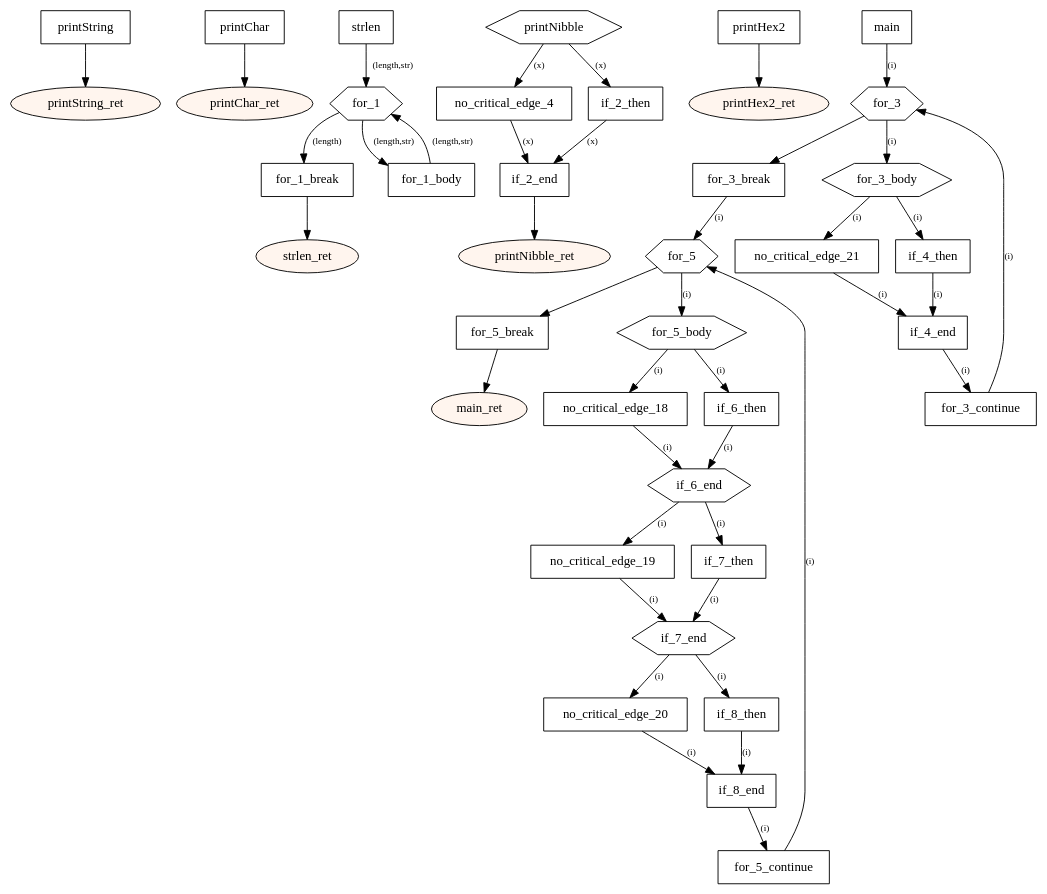
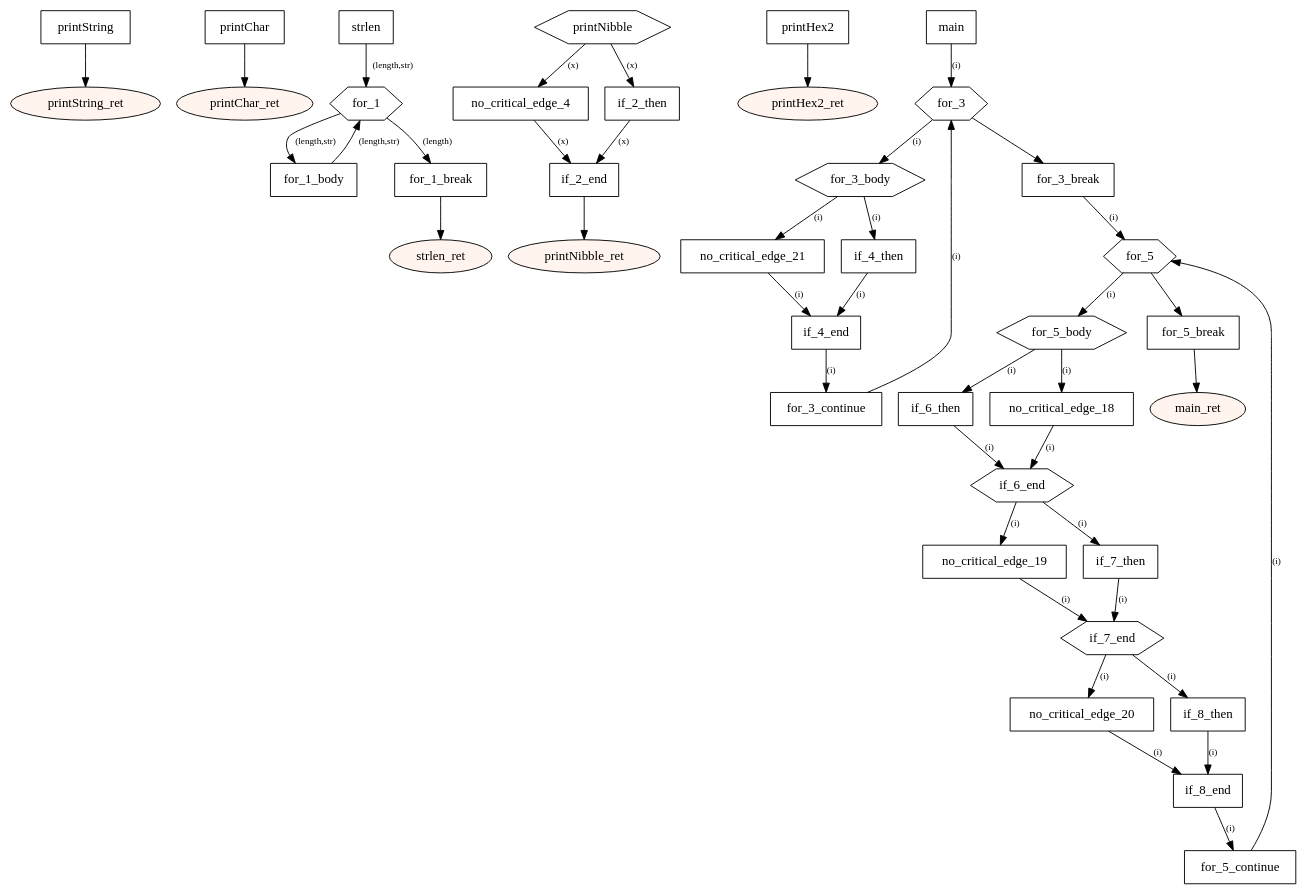
One commit to tmssngr/tinyC changed the diagram in src/main/resources-test/print-ascii-listing.dot. Above: the diagram before and after it, drawn with Graphviz. The commit also changed other lines of this file and 51 other files, not shown here.

```diff
--- a/src/main/resources-test/print-ascii-listing.dot
+++ b/src/main/resources-test/print-ascii-listing.dot
@@ -1,93 +1,93 @@
 digraph program {
 	edge[fontsize="10pt"];
 	subgraph fn_printString {
 		BasicBlock_0_printString [label="printString",shape=box];
 		BasicBlock_0_printString -> BasicBlock_0_printString_ret;
 		BasicBlock_0_printString_ret [label="printString_ret",shape=oval,style=filled,fillcolor="#fff5ee"];
 	}
 	subgraph fn_printChar {
 		BasicBlock_1_printChar [label="printChar",shape=box];
 		BasicBlock_1_printChar -> BasicBlock_1_printChar_ret;
 		BasicBlock_1_printChar_ret [label="printChar_ret",shape=oval,style=filled,fillcolor="#fff5ee"];
 	}
 	subgraph fn_strlen {
 		BasicBlock_2_strlen [label="strlen",shape=box];
 		BasicBlock_2_strlen -> BasicBlock_2_for_1 [label="(length,str)"];
+		BasicBlock_2_for_1_body [label="for_1_body",shape=box];
+		BasicBlock_2_for_1_body -> BasicBlock_2_for_1 [label="(length,str)"];
 		BasicBlock_2_for_1 [label="for_1",shape=hexagon];
 		BasicBlock_2_for_1 -> BasicBlock_2_for_1_break [label="(length)"];
 		BasicBlock_2_for_1 -> BasicBlock_2_for_1_body [label="(length,str)"];
-		BasicBlock_2_for_1_body [label="for_1_body",shape=box];
-		BasicBlock_2_for_1_body -> BasicBlock_2_for_1 [label="(length,str)"];
 		BasicBlock_2_for_1_break [label="for_1_break",shape=box];
 		BasicBlock_2_for_1_break -> BasicBlock_2_strlen_ret;
 		BasicBlock_2_strlen_ret [label="strlen_ret",shape=oval,style=filled,fillcolor="#fff5ee"];
 	}
 	subgraph fn_printNibble {
 		BasicBlock_3_printNibble [label="printNibble",shape=hexagon];
 		BasicBlock_3_printNibble -> BasicBlock_3_no_critical_edge_4 [label="(x)"];
 		BasicBlock_3_printNibble -> BasicBlock_3_if_2_then [label="(x)"];
+		BasicBlock_3_no_critical_edge_4 [label="no_critical_edge_4",shape=box];
+		BasicBlock_3_no_critical_edge_4 -> BasicBlock_3_if_2_end [label="(x)"];
 		BasicBlock_3_if_2_then [label="if_2_then",shape=box];
 		BasicBlock_3_if_2_then -> BasicBlock_3_if_2_end [label="(x)"];
-		BasicBlock_3_no_critical_edge_4 [label="no_critical_edge_4",shape=box];
-		BasicBlock_3_no_critical_edge_4 -> BasicBlock_3_if_2_end [label="(x)"];
 		BasicBlock_3_if_2_end [label="if_2_end",shape=box];
 		BasicBlock_3_if_2_end -> BasicBlock_3_printNibble_ret;
 		BasicBlock_3_printNibble_ret [label="printNibble_ret",shape=oval,style=filled,fillcolor="#fff5ee"];
 	}
 	subgraph fn_printHex2 {
 		BasicBlock_4_printHex2 [label="printHex2",shape=box];
 		BasicBlock_4_printHex2 -> BasicBlock_4_printHex2_ret;
 		BasicBlock_4_printHex2_ret [label="printHex2_ret",shape=oval,style=filled,fillcolor="#fff5ee"];
 	}
 	subgraph fn_main {
 		BasicBlock_5_main [label="main",shape=box];
 		BasicBlock_5_main -> BasicBlock_5_for_3 [label="(i)"];
-		BasicBlock_5_for_3 [label="for_3",shape=hexagon];
-		BasicBlock_5_for_3 -> BasicBlock_5_for_3_break;
-		BasicBlock_5_for_3 -> BasicBlock_5_for_3_body [label="(i)"];
 		BasicBlock_5_for_3_body [label="for_3_body",shape=hexagon];
 		BasicBlock_5_for_3_body -> BasicBlock_5_no_critical_edge_21 [label="(i)"];
 		BasicBlock_5_for_3_body -> BasicBlock_5_if_4_then [label="(i)"];
+		BasicBlock_5_no_critical_edge_21 [label="no_critical_edge_21",shape=box];
+		BasicBlock_5_no_critical_edge_21 -> BasicBlock_5_if_4_end [label="(i)"];
 		BasicBlock_5_if_4_then [label="if_4_then",shape=box];
 		BasicBlock_5_if_4_then -> BasicBlock_5_if_4_end [label="(i)"];
-		BasicBlock_5_no_critical_edge_21 [label="no_critical_edge_21",shape=box];
-		BasicBlock_5_no_critical_edge_21 -> BasicBlock_5_if_4_end [label="(i)"];
 		BasicBlock_5_if_4_end [label="if_4_end",shape=box];
 		BasicBlock_5_if_4_end -> BasicBlock_5_for_3_continue [label="(i)"];
 		BasicBlock_5_for_3_continue [label="for_3_continue",shape=box];
 		BasicBlock_5_for_3_continue -> BasicBlock_5_for_3 [label="(i)"];
+		BasicBlock_5_for_3 [label="for_3",shape=hexagon];
+		BasicBlock_5_for_3 -> BasicBlock_5_for_3_break;
+		BasicBlock_5_for_3 -> BasicBlock_5_for_3_body [label="(i)"];
 		BasicBlock_5_for_3_break [label="for_3_break",shape=box];
 		BasicBlock_5_for_3_break -> BasicBlock_5_for_5 [label="(i)"];
-		BasicBlock_5_for_5 [label="for_5",shape=hexagon];
-		BasicBlock_5_for_5 -> BasicBlock_5_for_5_break;
-		BasicBlock_5_for_5 -> BasicBlock_5_for_5_body [label="(i)"];
 		BasicBlock_5_for_5_body [label="for_5_body",shape=hexagon];
 		BasicBlock_5_for_5_body -> BasicBlock_5_no_critical_edge_18 [label="(i)"];
 		BasicBlock_5_for_5_body -> BasicBlock_5_if_6_then [label="(i)"];
+		BasicBlock_5_no_critical_edge_18 [label="no_critical_edge_18",shape=box];
+		BasicBlock_5_no_critical_edge_18 -> BasicBlock_5_if_6_end [label="(i)"];
 		BasicBlock_5_if_6_then [label="if_6_then",shape=box];
 		BasicBlock_5_if_6_then -> BasicBlock_5_if_6_end [label="(i)"];
-		BasicBlock_5_no_critical_edge_18 [label="no_critical_edge_18",shape=box];
-		BasicBlock_5_no_critical_edge_18 -> BasicBlock_5_if_6_end [label="(i)"];
 		BasicBlock_5_if_6_end [label="if_6_end",shape=hexagon];
 		BasicBlock_5_if_6_end -> BasicBlock_5_no_critical_edge_19 [label="(i)"];
 		BasicBlock_5_if_6_end -> BasicBlock_5_if_7_then [label="(i)"];
+		BasicBlock_5_no_critical_edge_19 [label="no_critical_edge_19",shape=box];
+		BasicBlock_5_no_critical_edge_19 -> BasicBlock_5_if_7_end [label="(i)"];
 		BasicBlock_5_if_7_then [label="if_7_then",shape=box];
 		BasicBlock_5_if_7_then -> BasicBlock_5_if_7_end [label="(i)"];
-		BasicBlock_5_no_critical_edge_19 [label="no_critical_edge_19",shape=box];
-		BasicBlock_5_no_critical_edge_19 -> BasicBlock_5_if_7_end [label="(i)"];
 		BasicBlock_5_if_7_end [label="if_7_end",shape=hexagon];
 		BasicBlock_5_if_7_end -> BasicBlock_5_no_critical_edge_20 [label="(i)"];
 		BasicBlock_5_if_7_end -> BasicBlock_5_if_8_then [label="(i)"];
+		BasicBlock_5_no_critical_edge_20 [label="no_critical_edge_20",shape=box];
+		BasicBlock_5_no_critical_edge_20 -> BasicBlock_5_if_8_end [label="(i)"];
 		BasicBlock_5_if_8_then [label="if_8_then",shape=box];
 		BasicBlock_5_if_8_then -> BasicBlock_5_if_8_end [label="(i)"];
-		BasicBlock_5_no_critical_edge_20 [label="no_critical_edge_20",shape=box];
-		BasicBlock_5_no_critical_edge_20 -> BasicBlock_5_if_8_end [label="(i)"];
 		BasicBlock_5_if_8_end [label="if_8_end",shape=box];
 		BasicBlock_5_if_8_end -> BasicBlock_5_for_5_continue [label="(i)"];
 		BasicBlock_5_for_5_continue [label="for_5_continue",shape=box];
 		BasicBlock_5_for_5_continue -> BasicBlock_5_for_5 [label="(i)"];
+		BasicBlock_5_for_5 [label="for_5",shape=hexagon];
+		BasicBlock_5_for_5 -> BasicBlock_5_for_5_break;
+		BasicBlock_5_for_5 -> BasicBlock_5_for_5_body [label="(i)"];
 		BasicBlock_5_for_5_break [label="for_5_break",shape=box];
 		BasicBlock_5_for_5_break -> BasicBlock_5_main_ret;
 		BasicBlock_5_main_ret [label="main_ret",shape=oval,style=filled,fillcolor="#fff5ee"];
 	}
 }
```
